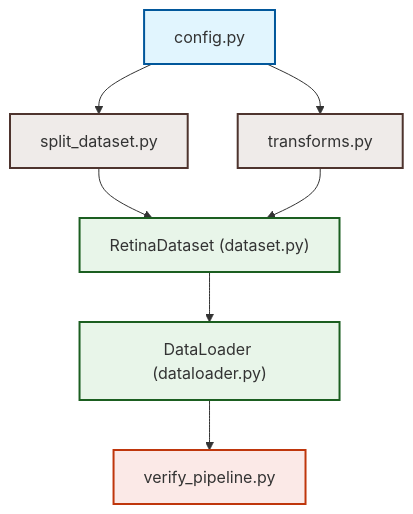
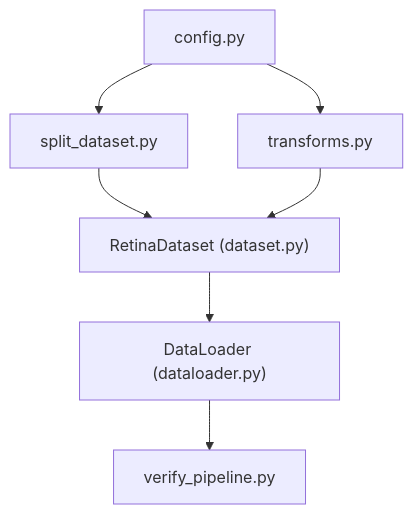
One commit to Dr-Venom29/FusionMedAI changed the diagram in research/Volume_02_Data_Pipeline/07_Engineering_Decisions.md. Above: the diagram before and after it, drawn with Mermaid. The commit also changed 4 other files, not shown here.

Commit message:
docs: remove custom color styles from Mermaid flowcharts in Volume 2 chapters

````diff
--- a/research/Volume_02_Data_Pipeline/07_Engineering_Decisions.md
+++ b/research/Volume_02_Data_Pipeline/07_Engineering_Decisions.md
@@ -8,16 +8,9 @@
 ```mermaid
 graph TD
     Config["config.py"] --> Split["split_dataset.py"]
     Config --> Transforms["transforms.py"]
     Split --> Dataset["RetinaDataset (dataset.py)"]
     Transforms --> Dataset
     Dataset --> Dataloader["DataLoader (dataloader.py)"]
     Dataloader --> Verify["verify_pipeline.py"]
-    
-    style Config fill:#e1f5fe,stroke:#01579b,stroke-width:2px;
-    style Split fill:#efebe9,stroke:#4e342e,stroke-width:2px;
-    style Transforms fill:#efebe9,stroke:#4e342e,stroke-width:2px;
-    style Dataset fill:#e8f5e9,stroke:#1b5e20,stroke-width:2px;
-    style Dataloader fill:#e8f5e9,stroke:#1b5e20,stroke-width:2px;
-    style Verify fill:#fbe9e7,stroke:#bf360c,stroke-width:2px;
 ```
````
